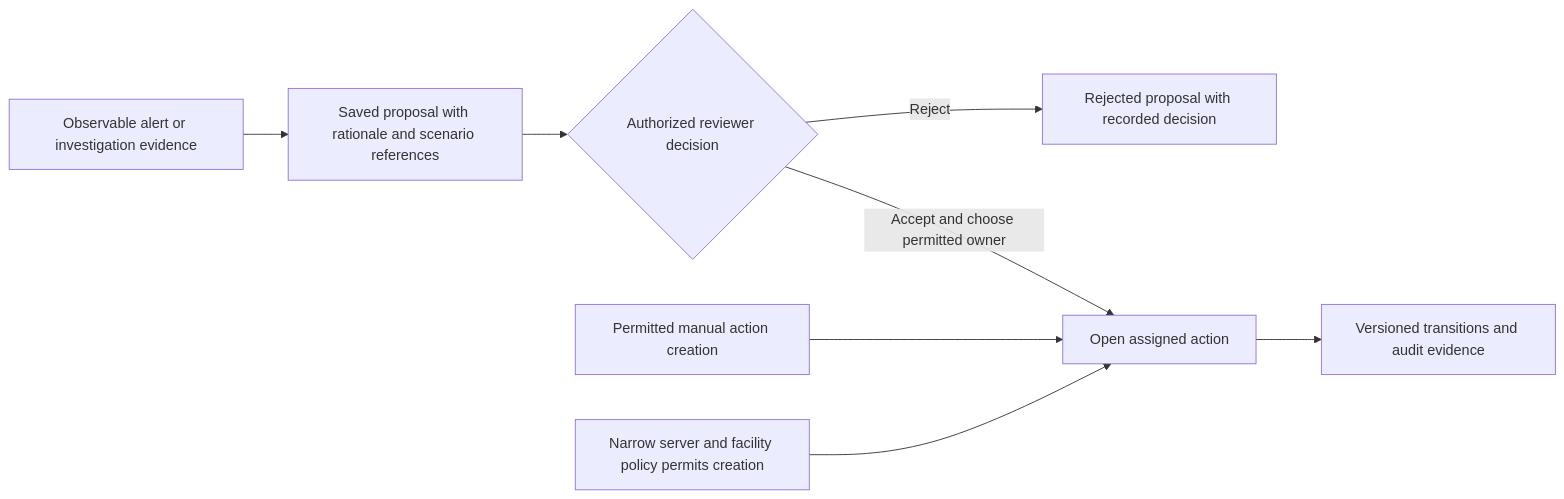
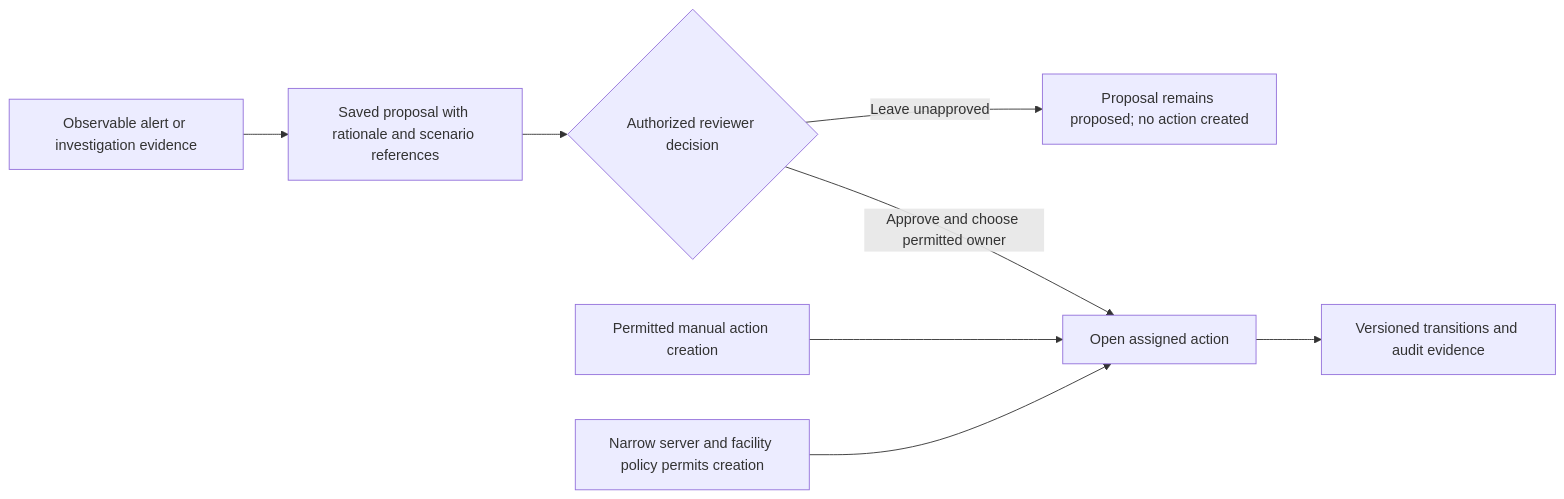
One commit to hk4crprasad/LASTBPUT changed the ninth of 12 diagrams in docs/workflow.md. Above: the diagram before and after it, drawn with Mermaid. The commit also changed other lines of this file and 14 other files, not shown here.

````diff
--- a/docs/workflow.md
+++ b/docs/workflow.md
@@ -242,10 +244,10 @@
 ```mermaid
 flowchart LR
     Evidence["Observable alert or investigation evidence"] --> Proposal["Saved proposal with rationale and scenario references"]
     Proposal --> Reviewer{"Authorized reviewer decision"}
-    Reviewer -->|Reject| Rejected["Rejected proposal with recorded decision"]
-    Reviewer -->|Accept and choose permitted owner| Open["Open assigned action"]
+    Reviewer -->|Leave unapproved| Pending["Proposal remains proposed; no action created"]
+    Reviewer -->|Approve and choose permitted owner| Open["Open assigned action"]
     Manual["Permitted manual action creation"] --> Open
     Autonomous["Narrow server and facility policy permits creation"] --> Open
     Open --> Lifecycle["Versioned transitions and audit evidence"]
 ```
````
